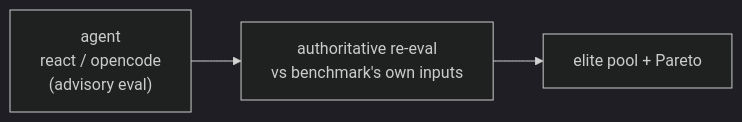
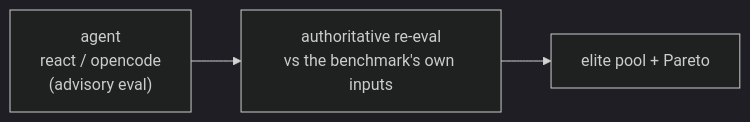
Before and after one commit to huawei-csl/rtlscout: the first of 3 diagrams in README.md, drawn with Mermaid (dark theme). The commit also changed other lines of this file, not shown here.

First line of the commit message:
docs(README): restructure Agent Flow — per-backend sections with mermaid diagrams

````diff
--- a/README.md
+++ b/README.md
@@ -224,5 +152,5 @@
 ```mermaid
 flowchart LR
-  A["agent<br/>react / opencode<br/>(advisory eval)"] --> R["authoritative re-eval<br/>vs benchmark's own inputs"]
+  A["agent<br/>react / opencode<br/>(advisory eval)"] --> R["authoritative re-eval<br/>vs the benchmark's own inputs"]
   R --> P["elite pool + Pareto"]
 ```
````
